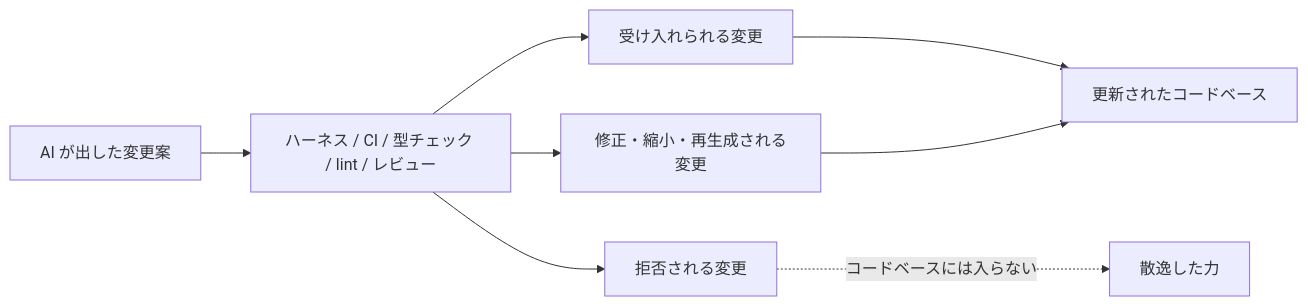
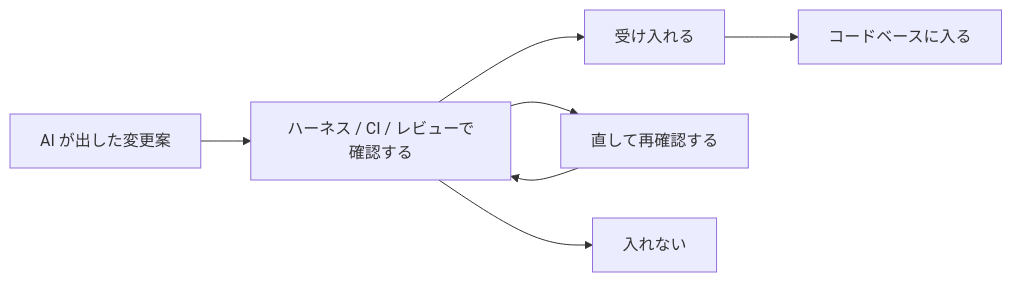
The second of 2 diagrams in docs/outreach/qiita_attractor.md (iroha1203/AlgebraicArchitectureTheoryV2), drawn with Mermaid before and after one commit. The commit also changed other lines of this file, not shown here.

````diff
--- a/docs/outreach/qiita_attractor.md
+++ b/docs/outreach/qiita_attractor.md
@@ -235,10 +235,9 @@
 ```mermaid
 flowchart LR
-    raw["AI が出した変更案"] --> dissipate["ハーネス / CI / 型チェック / lint / レビュー"]
-    dissipate --> accepted["受け入れられる変更"]
-    dissipate --> rejected["拒否される変更"]
-    dissipate --> repaired["修正・縮小・再生成される変更"]
-    accepted --> codebase["更新されたコードベース"]
-    repaired --> codebase
-    rejected -. "コードベースには入らない" .-> outside["散逸した力"]
+    proposal["AI が出した変更案"] --> check["ハーネス / CI / レビューで確認する"]
+    check --> accept["受け入れる"]
+    check --> revise["直して再確認する"]
+    check --> reject["入れない"]
+    revise --> check
+    accept --> codebase["コードベースに入る"]
 ```
````
